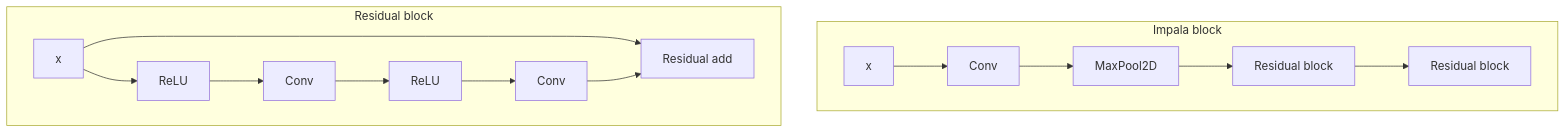
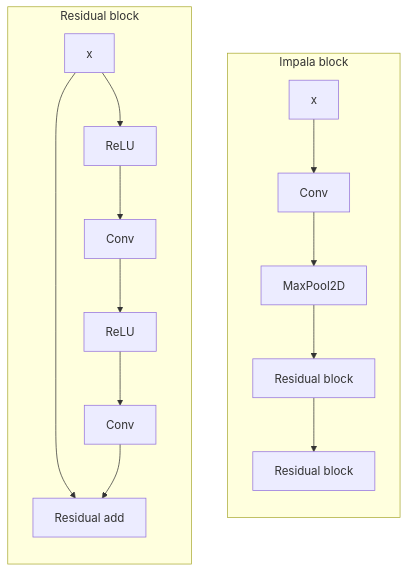
Before and after one commit to alexander-turner/TurnTrout.com: the first of 2 diagrams in website_content/predictions-for-shard-theory-mechanistic-interpretability.md, drawn with Mermaid. The commit also changed other lines of this file and 2 other files, not shown here.

Commit message:
fix: force upright layout in network architecture Mermaid diagrams
Subgraphs rendered their internals left-to-right despite graph TD,
making the Impala/Residual block and forward-pass diagrams sideways.
Add an explicit `direction TB` inside each subgraph.

````diff
--- a/website_content/predictions-for-shard-theory-mechanistic-interpretability.md
+++ b/website_content/predictions-for-shard-theory-mechanistic-interpretability.md
@@ -80,18 +80,20 @@
 ```mermaid
 graph TD
     subgraph ImpalaBlock[Impala block]
+        direction TB
         IB_X[x] --> IB_Conv[Conv]
         IB_Conv --> IB_MaxPool[MaxPool2D]
         IB_MaxPool --> IB_Res1[Residual block]
         IB_Res1 --> IB_Res2[Residual block]
     end
 
     subgraph ResidualBlock[Residual block]
+        direction TB
         RB_X[x] --> RB_ReLU1[ReLU]
         RB_ReLU1 --> RB_Conv1[Conv]
         RB_Conv1 --> RB_ReLU2[ReLU]
         RB_ReLU2 --> RB_Conv2[Conv]
         RB_X --> RB_Add[Residual add]
         RB_Conv2 --> RB_Add
     end
 ```
````
